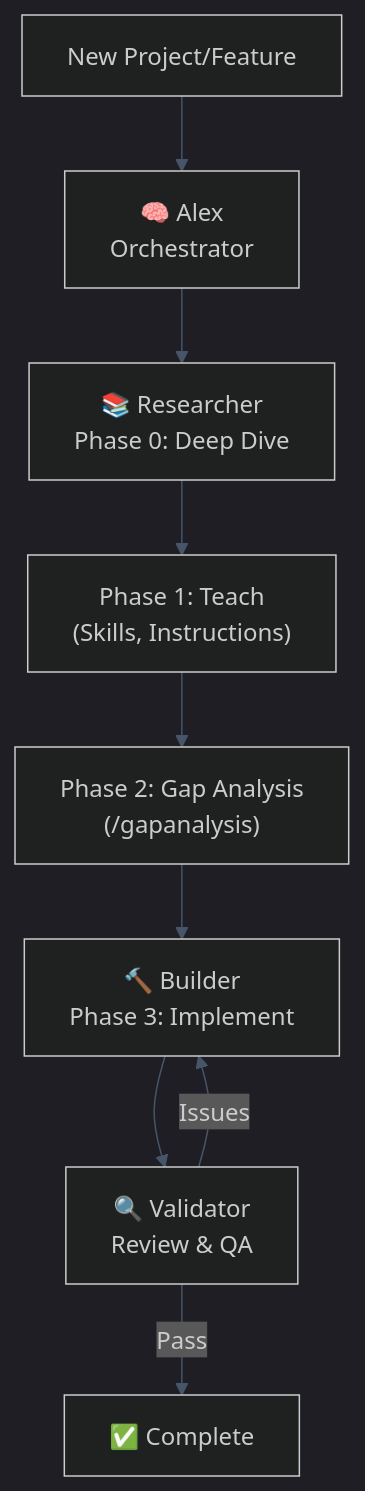
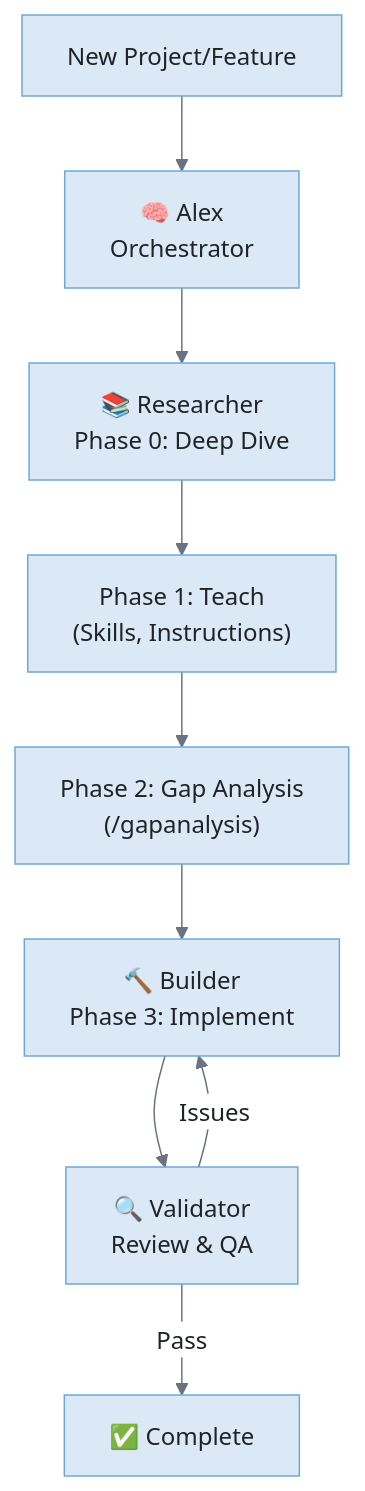
The third of 4 diagrams in alex_docs/architecture/RESEARCH-FIRST-DEVELOPMENT.md (fabioc-aloha/Alex_Plug_In), drawn with Mermaid before and after one commit. The commit also changed other lines of this file and 307 other files, not shown here.

````diff
--- a/alex_docs/architecture/RESEARCH-FIRST-DEVELOPMENT.md
+++ b/alex_docs/architecture/RESEARCH-FIRST-DEVELOPMENT.md
@@ -190,12 +190,12 @@
 ```mermaid
-%%{init: {'theme': 'dark', 'themeVariables': {'background': '#0f172a', 'primaryColor': '#1e293b', 'primaryTextColor': '#f1f5f9', 'primaryBorderColor': '#818cf8', 'lineColor': '#475569', 'secondaryColor': '#1e293b', 'secondaryBorderColor': '#2dd4bf', 'tertiaryColor': '#1e293b', 'fontFamily': 'Segoe UI, system-ui, sans-serif'}}}%%
+%%{init: {'theme': 'base', 'themeVariables': {'background': '#f8f9fa', 'primaryColor': '#dbe9f6', 'primaryTextColor': '#1f2328', 'primaryBorderColor': '#6ea8d9', 'lineColor': '#6b7280', 'secondaryColor': '#d1f5ef', 'secondaryBorderColor': '#5ab5a0', 'tertiaryColor': '#ede7f6', 'tertiaryBorderColor': '#b39ddb', 'edgeLabelBackground': '#ffffff', 'fontFamily': 'Segoe UI, system-ui, sans-serif'}}}%%
 flowchart TD
-    START["New Project/Feature"] --> ALEX["🧠 Alex\nOrchestrator"]
-    ALEX --> RESEARCH["📚 Researcher\nPhase 0: Deep Dive"]
-    RESEARCH --> TEACH["Phase 1: Teach\n(Skills, Instructions)"]
-    TEACH --> GAP["Phase 2: Gap Analysis\n(/gapanalysis)"]
-    GAP --> BUILD["🔨 Builder\nPhase 3: Implement"]
-    BUILD --> VALIDATE["🔍 Validator\nReview & QA"]
+    START["New Project/Feature"] --> ALEX["🧠 Alex<br/>Orchestrator"]
+    ALEX --> RESEARCH["📚 Researcher<br/>Phase 0: Deep Dive"]
+    RESEARCH --> TEACH["Phase 1: Teach<br/>(Skills, Instructions)"]
+    TEACH --> GAP["Phase 2: Gap Analysis<br/>(/gapanalysis)"]
+    GAP --> BUILD["🔨 Builder<br/>Phase 3: Implement"]
+    BUILD --> VALIDATE["🔍 Validator<br/>Review & QA"]
     VALIDATE -->|Issues| BUILD
     VALIDATE -->|Pass| DONE["✅ Complete"]
 ```
````
